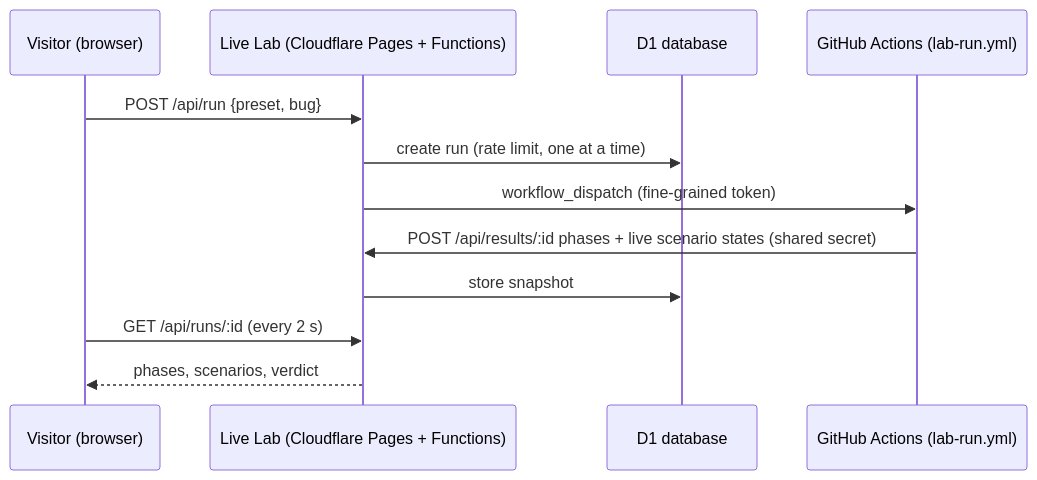
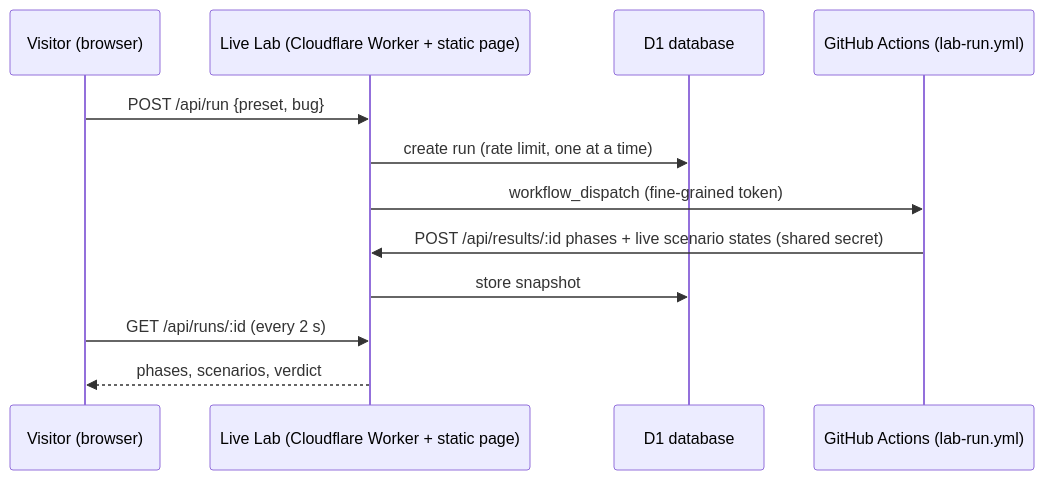
One commit to Jayet95/qa-agent-lab changed the diagram in docs/LIVE-LAB.md. Above: the diagram before and after it, drawn with Mermaid. The commit also changed other lines of this file and 3 other files, not shown here.

First line of the commit message:
Run the Live Lab as a Cloudflare Worker

````diff
--- a/docs/LIVE-LAB.md
+++ b/docs/LIVE-LAB.md
@@ -7,14 +7,14 @@
 ```mermaid
 sequenceDiagram
   participant V as Visitor (browser)
-  participant L as Live Lab (Cloudflare Pages + Functions)
+  participant L as Live Lab (Cloudflare Worker + static page)
   participant D as D1 database
   participant G as GitHub Actions (lab-run.yml)
   V->>L: POST /api/run {preset, bug}
   L->>D: create run (rate limit, one at a time)
   L->>G: workflow_dispatch (fine-grained token)
   G->>L: POST /api/results/:id  phases + live scenario states (shared secret)
   L->>D: store snapshot
   V->>L: GET /api/runs/:id (every 2 s)
   L-->>V: phases, scenarios, verdict
 ```
````
